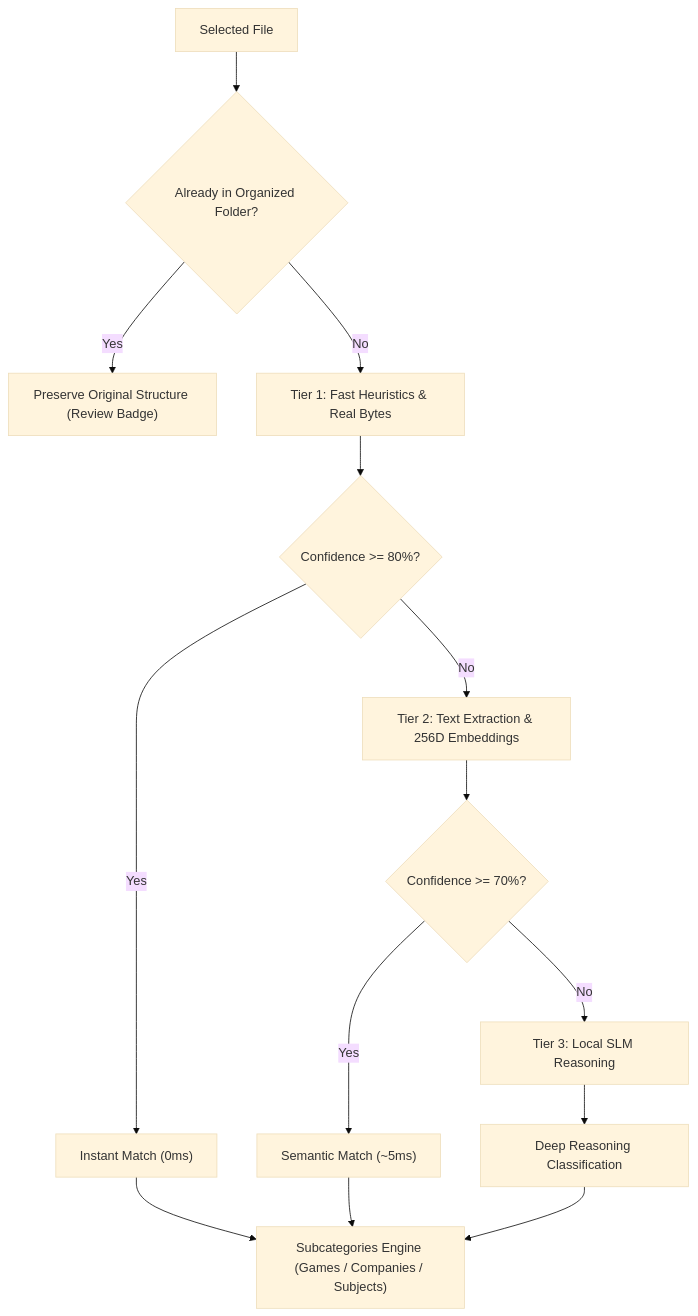
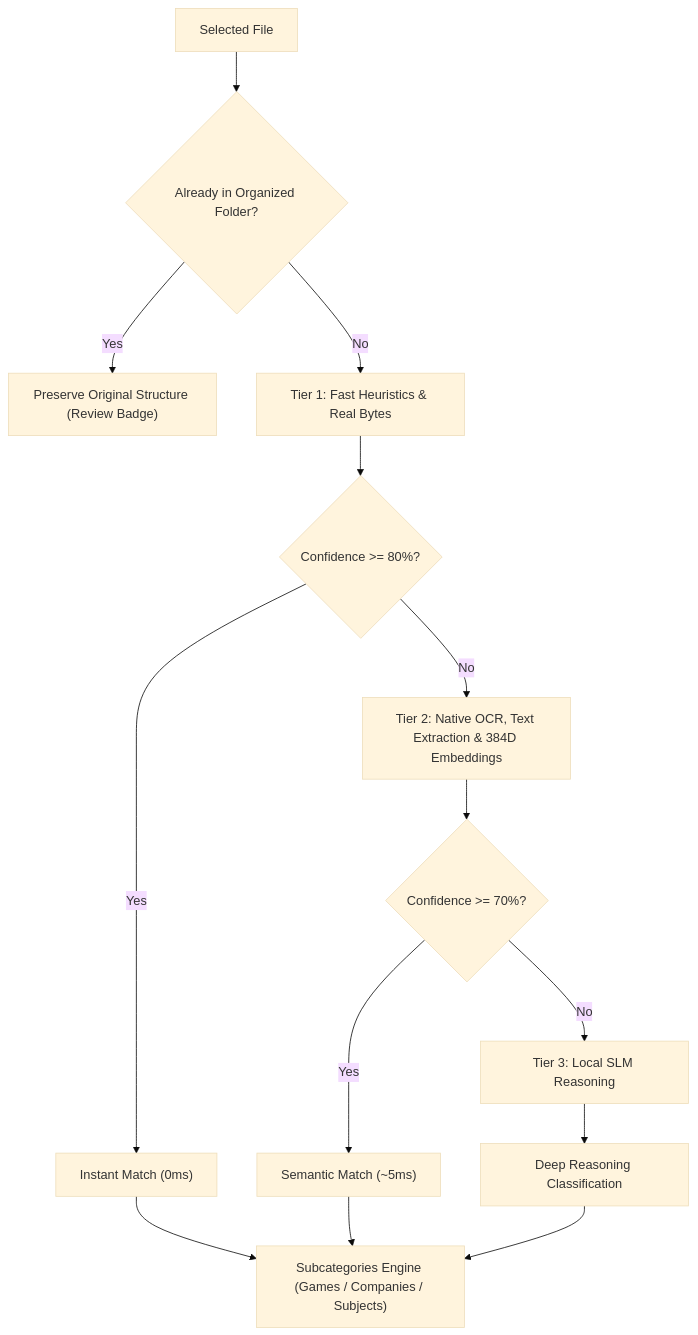
One commit to pongitV/Indexo changed the first of 2 diagrams in README_EN.md. Above: the diagram before and after it, drawn with Mermaid (base theme). The commit also changed other lines of this file and 10 other files, not shown here.

Commit message:
feat(engine): adiciona OCR nativo do Windows e embeddings neurais densos de 384D

````diff
--- a/README_EN.md
+++ b/README_EN.md
@@ -78,16 +80,16 @@
 ```mermaid
 flowchart TD
     A["Selected File"] --> P{"Already in Organized Folder?"}
     P -->|"Yes"| PRESERV["Preserve Original Structure (Review Badge)"]
     P -->|"No"| B["Tier 1: Fast Heuristics & Real Bytes"]
     B --> Z{"Confidence >= 80%?"}
     Z -->|"Yes"| R1["Instant Match (0ms)"]
-    Z -->|"No"| C["Tier 2: Text Extraction & 256D Embeddings"]
+    Z -->|"No"| C["Tier 2: Native OCR, Text Extraction & 384D Embeddings"]
     C --> Y{"Confidence >= 70%?"}
     Y -->|"Yes"| R2["Semantic Match (~5ms)"]
     Y -->|"No"| D["Tier 3: Local SLM Reasoning"]
     D --> R3["Deep Reasoning Classification"]
     R1 --> SUB["Subcategories Engine (Games / Companies / Subjects)"]
     R2 --> SUB
     R3 --> SUB
 ```
````
